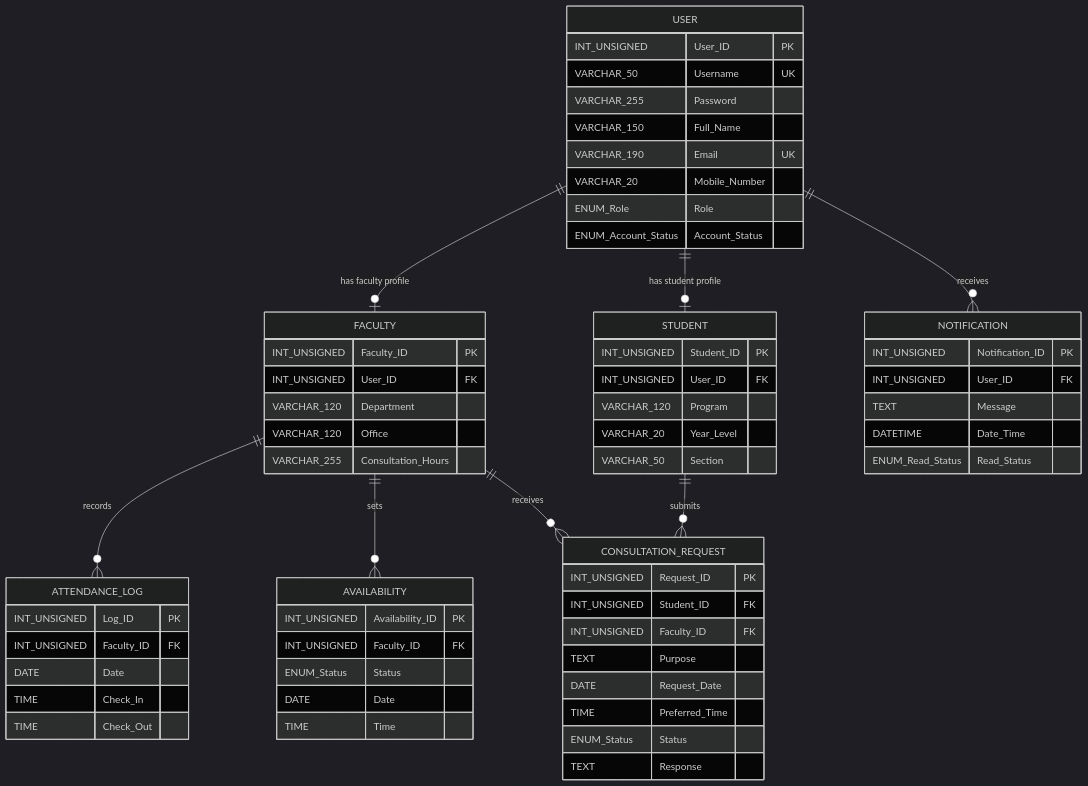
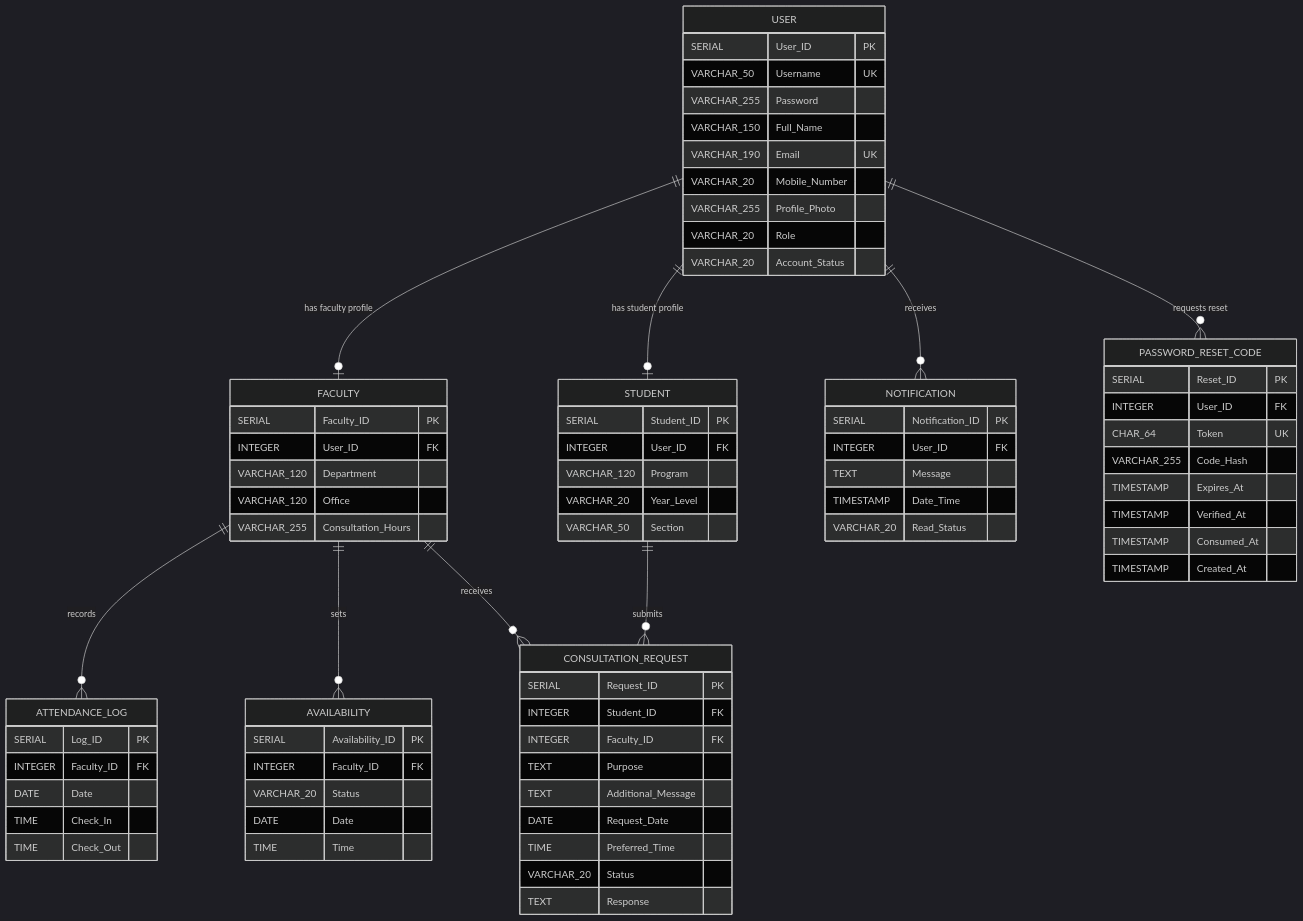
One commit to PATS1010/PROF_CONSULT changed the diagram in database/ER_DIAGRAM.mmd. Above: the diagram before and after it, drawn with Mermaid (dark theme). The commit also changed 21 other files, not shown here.

```diff
--- a/database/ER_DIAGRAM.mmd
+++ b/database/ER_DIAGRAM.mmd
@@ -1,71 +1,85 @@
 %% SYSTEM NOTE: Documents the database entity relationships for the Prof Consult system.
 erDiagram
     USER {
-        INT_UNSIGNED User_ID PK
+        SERIAL User_ID PK
         VARCHAR_50 Username UK
         VARCHAR_255 Password
         VARCHAR_150 Full_Name
         VARCHAR_190 Email UK
         VARCHAR_20 Mobile_Number
-        ENUM_Role Role
-        ENUM_Account_Status Account_Status
+        VARCHAR_255 Profile_Photo
+        VARCHAR_20 Role
+        VARCHAR_20 Account_Status
     }
 
     FACULTY {
-        INT_UNSIGNED Faculty_ID PK
-        INT_UNSIGNED User_ID FK
+        SERIAL Faculty_ID PK
+        INTEGER User_ID FK
         VARCHAR_120 Department
         VARCHAR_120 Office
         VARCHAR_255 Consultation_Hours
     }
 
     STUDENT {
-        INT_UNSIGNED Student_ID PK
-        INT_UNSIGNED User_ID FK
+        SERIAL Student_ID PK
+        INTEGER User_ID FK
         VARCHAR_120 Program
         VARCHAR_20 Year_Level
         VARCHAR_50 Section
     }
 
     NOTIFICATION {
-        INT_UNSIGNED Notification_ID PK
-        INT_UNSIGNED User_ID FK
+        SERIAL Notification_ID PK
+        INTEGER User_ID FK
         TEXT Message
-        DATETIME Date_Time
-        ENUM_Read_Status Read_Status
+        TIMESTAMP Date_Time
+        VARCHAR_20 Read_Status
+    }
+
+    PASSWORD_RESET_CODE {
+        SERIAL Reset_ID PK
+        INTEGER User_ID FK
+        CHAR_64 Token UK
+        VARCHAR_255 Code_Hash
+        TIMESTAMP Expires_At
+        TIMESTAMP Verified_At
+        TIMESTAMP Consumed_At
+        TIMESTAMP Created_At
     }
 
     CONSULTATION_REQUEST {
-        INT_UNSIGNED Request_ID PK
-        INT_UNSIGNED Student_ID FK
-        INT_UNSIGNED Faculty_ID FK
+        SERIAL Request_ID PK
+        INTEGER Student_ID FK
+        INTEGER Faculty_ID FK
         TEXT Purpose
+        TEXT Additional_Message
         DATE Request_Date
         TIME Preferred_Time
-        ENUM_Status Status
+        VARCHAR_20 Status
         TEXT Response
     }
 
     AVAILABILITY {
-        INT_UNSIGNED Availability_ID PK
-        INT_UNSIGNED Faculty_ID FK
-        ENUM_Status Status
+        SERIAL Availability_ID PK
+        INTEGER Faculty_ID FK
+        VARCHAR_20 Status
         DATE Date
         TIME Time
     }
 
     ATTENDANCE_LOG {
-        INT_UNSIGNED Log_ID PK
-        INT_UNSIGNED Faculty_ID FK
+        SERIAL Log_ID PK
+        INTEGER Faculty_ID FK
         DATE Date
         TIME Check_In
         TIME Check_Out
     }
 
     USER ||--o| FACULTY : "has faculty profile"
     USER ||--o| STUDENT : "has student profile"
     USER ||--o{ NOTIFICATION : "receives"
+    USER ||--o{ PASSWORD_RESET_CODE : "requests reset"
     FACULTY ||--o{ ATTENDANCE_LOG : "records"
     FACULTY ||--o{ AVAILABILITY : "sets"
     FACULTY ||--o{ CONSULTATION_REQUEST : "receives"
     STUDENT ||--o{ CONSULTATION_REQUEST : "submits"
```
